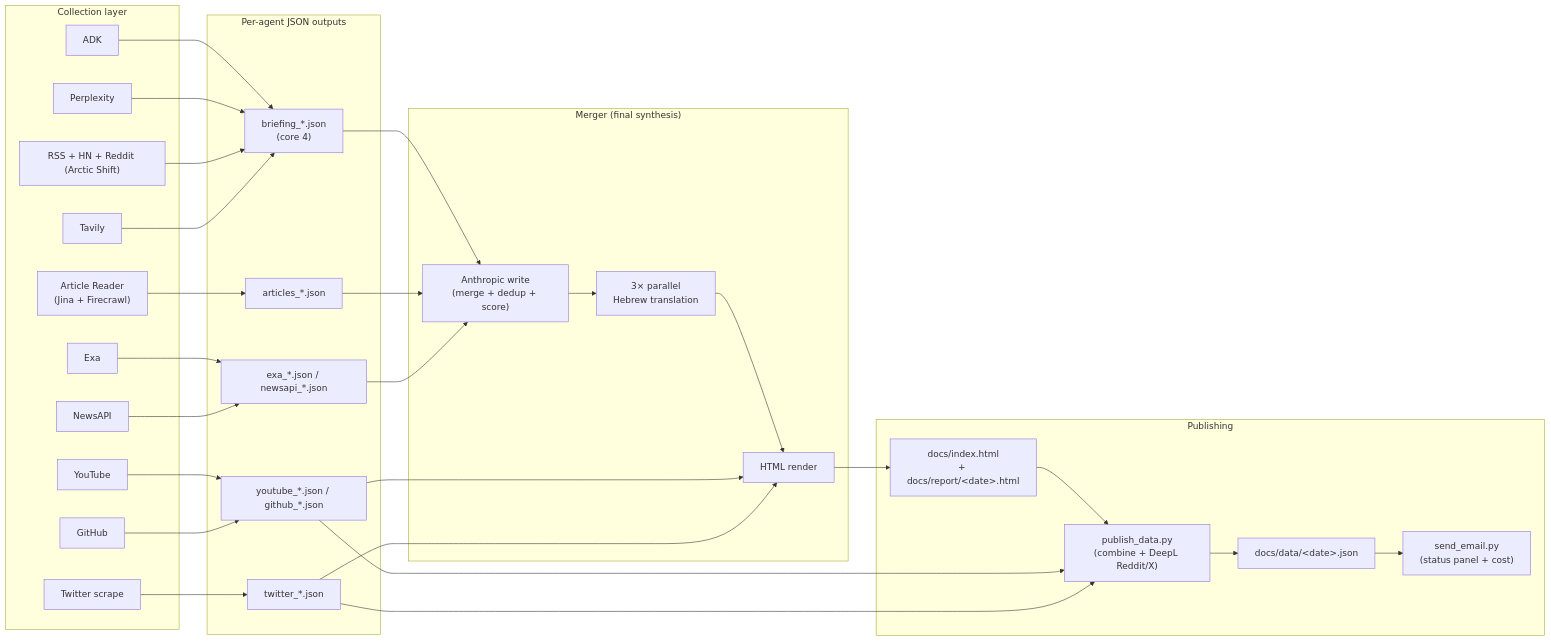
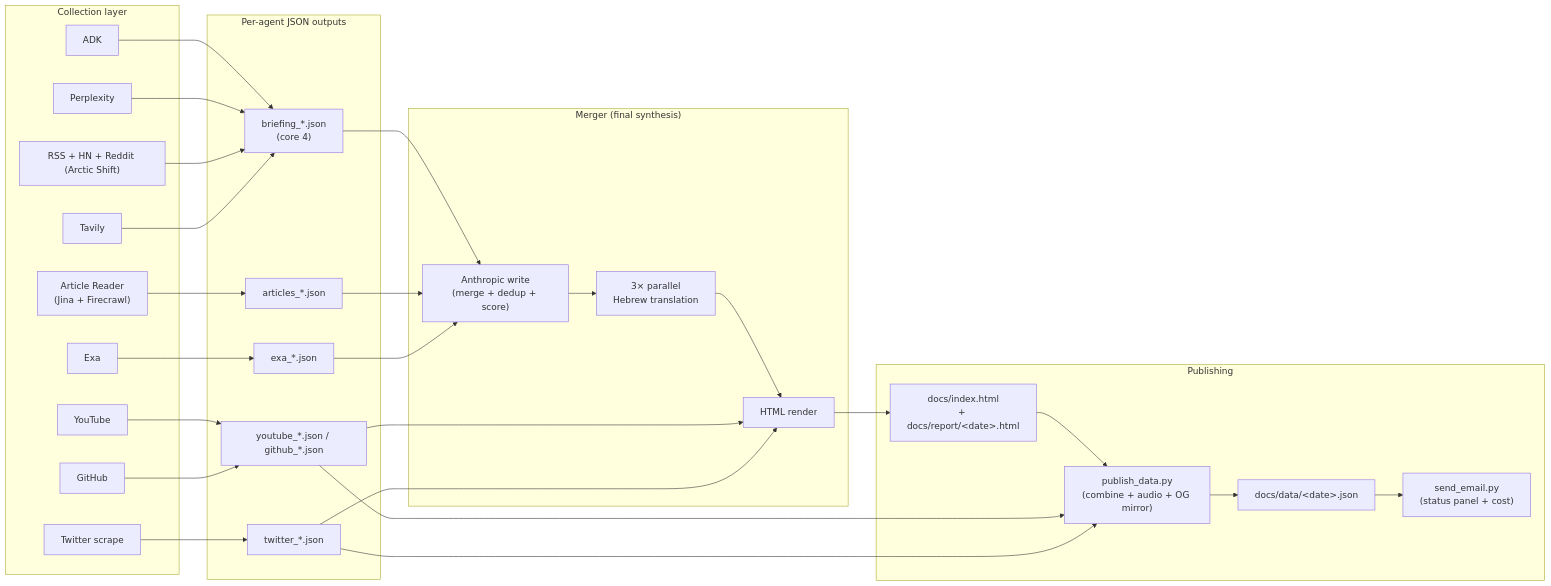
The second of 11 diagrams in README.md (kobyal/ai-news-briefing), drawn with Mermaid before and after one commit. The commit also changed other lines of this file and 29 other files, not shown here.

````diff
--- a/README.md
+++ b/README.md
@@ -150,61 +147,59 @@
 ```mermaid
 flowchart LR
     subgraph collect["Collection layer"]
         C1["ADK"]
         C2["Perplexity"]
         C3["RSS + HN + Reddit (Arctic Shift)"]
         C4["Tavily"]
         C5["Article Reader<br/>(Jina + Firecrawl)"]
         C6["Exa"]
-        C7["NewsAPI"]
         C8["YouTube"]
         C9["GitHub"]
         C10["Twitter scrape"]
     end
 
     subgraph save["Per-agent JSON outputs"]
         S1["briefing_*.json<br/>(core 4)"]
         S2["articles_*.json"]
-        S3["exa_*.json / newsapi_*.json"]
+        S3["exa_*.json"]
         S4["youtube_*.json / github_*.json"]
         S5["twitter_*.json"]
     end
 
     subgraph merge["Merger (final synthesis)"]
         MA["Anthropic write<br/>(merge + dedup + score)"]
         MB["3× parallel<br/>Hebrew translation"]
         MC["HTML render"]
     end
 
     subgraph publish["Publishing"]
         P1["docs/index.html<br/>+ docs/report/&lt;date&gt;.html"]
-        P2["publish_data.py<br/>(combine + DeepL Reddit/X)"]
+        P2["publish_data.py<br/>(combine + audio + OG mirror)"]
         P3["docs/data/&lt;date&gt;.json"]
         P4["send_email.py<br/>(status panel + cost)"]
     end
 
     C1 --> S1
     C2 --> S1
     C3 --> S1
     C4 --> S1
     C5 --> S2
     C6 --> S3
-    C7 --> S3
     C8 --> S4
     C9 --> S4
     C10 --> S5
 
     S1 --> MA
     S2 --> MA
     S3 --> MA
     MA --> MB
     MB --> MC
     S4 --> MC
     S5 --> MC
     MC --> P1
     P1 --> P2
     S4 --> P2
     S5 --> P2
     P2 --> P3
     P3 --> P4
 ```
````
